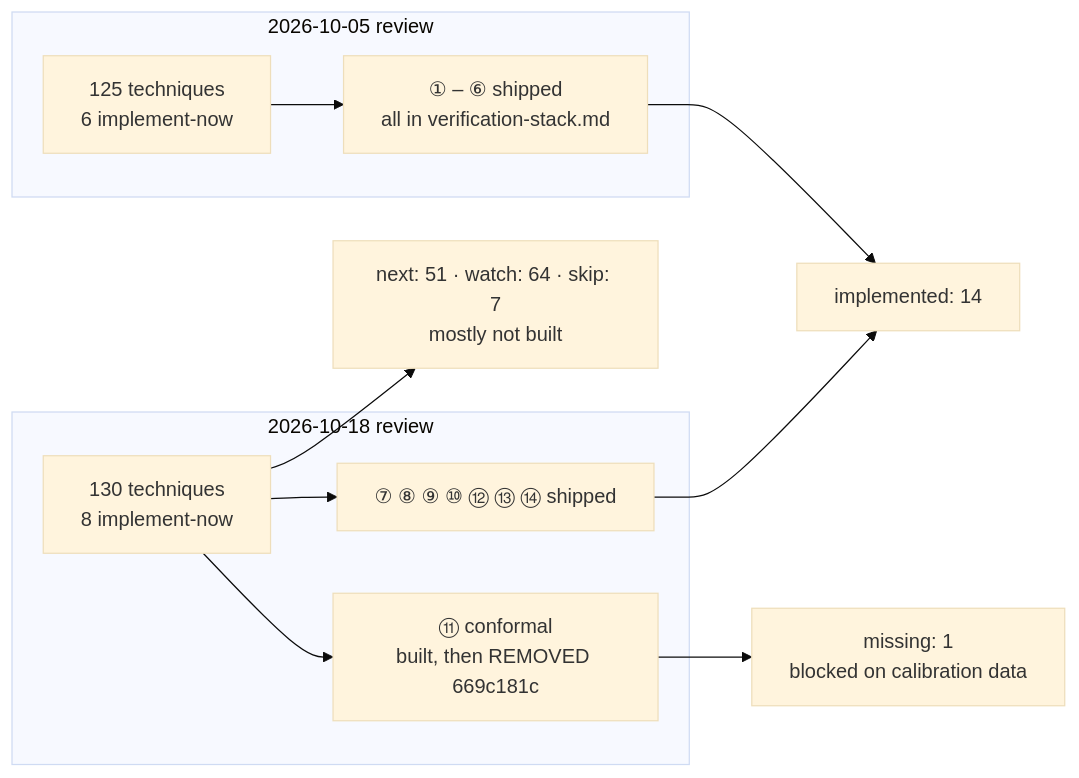
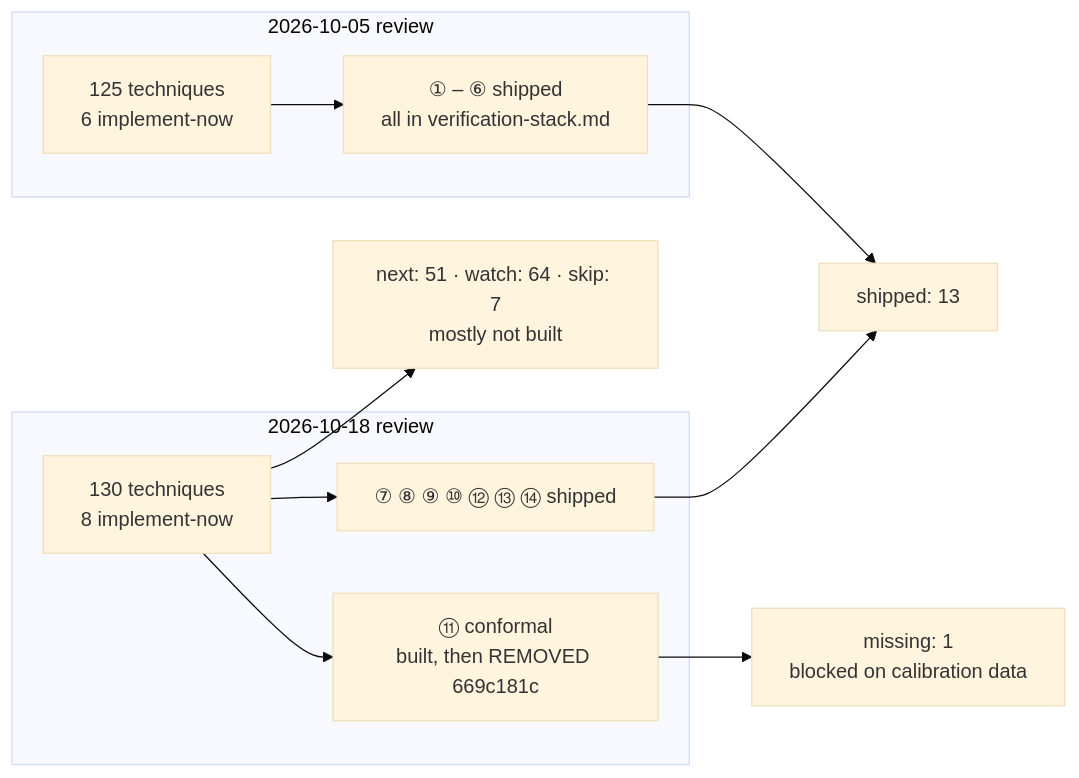
Before and after one commit to SourceShift/mini-ork: the diagram in docs/audits/2026-11-11-verification-techniques-implementation.md, drawn with Mermaid (base theme). The commit also changed other lines of this file and 5 other files, not shown here.

````diff
--- a/docs/audits/2026-11-11-verification-techniques-implementation.md
+++ b/docs/audits/2026-11-11-verification-techniques-implementation.md
@@ -37,14 +37,14 @@
 ```mermaid
 flowchart LR
   subgraph R1["2026-10-05 review"]
     A["125 techniques<br/>6 implement-now"] --> B["① – ⑥ shipped<br/>all in verification-stack.md"]
   end
   subgraph R2["2026-10-18 review"]
     C["130 techniques<br/>8 implement-now"] --> D["⑦ ⑧ ⑨ ⑩ ⑫ ⑬ ⑭ shipped"]
     C --> E["⑪ conformal<br/>built, then REMOVED 669c181c"]
   end
-  B --> F["implemented: 14"]
+  B --> F["shipped: 13"]
   D --> F
   E --> G["missing: 1<br/>blocked on calibration data"]
   C --> H["next: 51 · watch: 64 · skip: 7<br/>mostly not built"]
 ```
````
